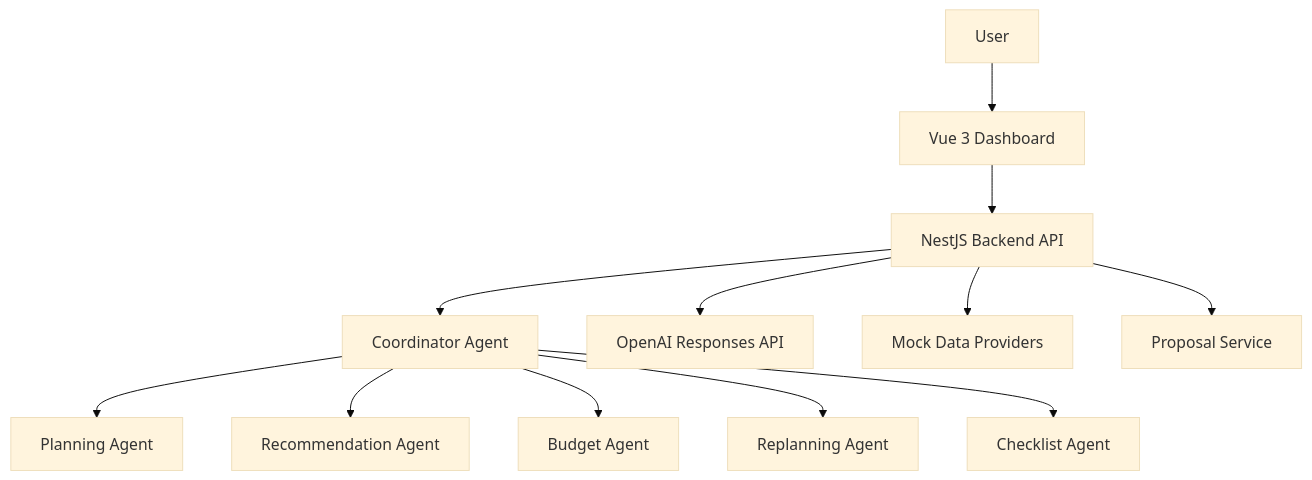
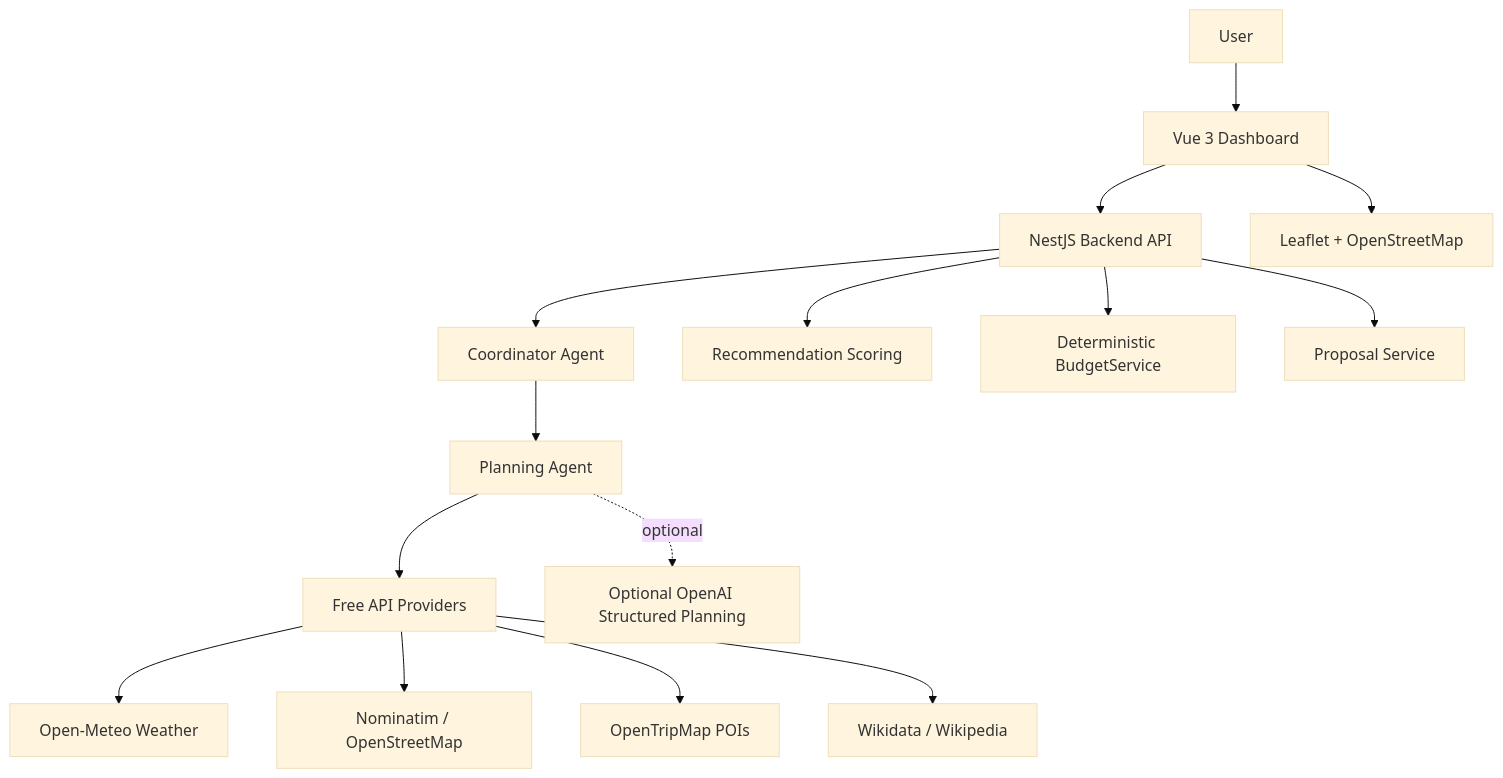
Before and after one commit to AEPdestiny/Reiseplanungs-Agent: the diagram in README.md, drawn with Mermaid (base theme). The commit also changed other lines of this file and 6 other files, not shown here.

Commit message:
feat: add OpenMeteo weather provider

````diff
--- a/README.md
+++ b/README.md
@@ -34,14 +47,17 @@
 ```mermaid
 flowchart TD
   User[User] --> Frontend[Vue 3 Dashboard]
   Frontend --> Backend[NestJS Backend API]
   Backend --> Coordinator[Coordinator Agent]
   Coordinator --> Planning[Planning Agent]
-  Coordinator --> Recommendation[Recommendation Agent]
-  Coordinator --> Budget[Budget Agent]
-  Coordinator --> Replanning[Replanning Agent]
-  Coordinator --> Checklist[Checklist Agent]
-  Backend --> OpenAI[OpenAI Responses API]
-  Backend --> MockData[Mock Data Providers]
+  Planning --> Providers[Free API Providers]
+  Providers --> Weather[Open-Meteo Weather]
+  Providers --> Geocoding[Nominatim / OpenStreetMap]
+  Providers --> Places[OpenTripMap POIs]
+  Providers --> Knowledge[Wikidata / Wikipedia]
+  Backend --> Recommendation[Recommendation Scoring]
+  Backend --> Budget[Deterministic BudgetService]
   Backend --> Proposal[Proposal Service]
+  Frontend --> Map[Leaflet + OpenStreetMap]
+  Planning -. optional .-> OpenAI[Optional OpenAI Structured Planning]
 ```
````
